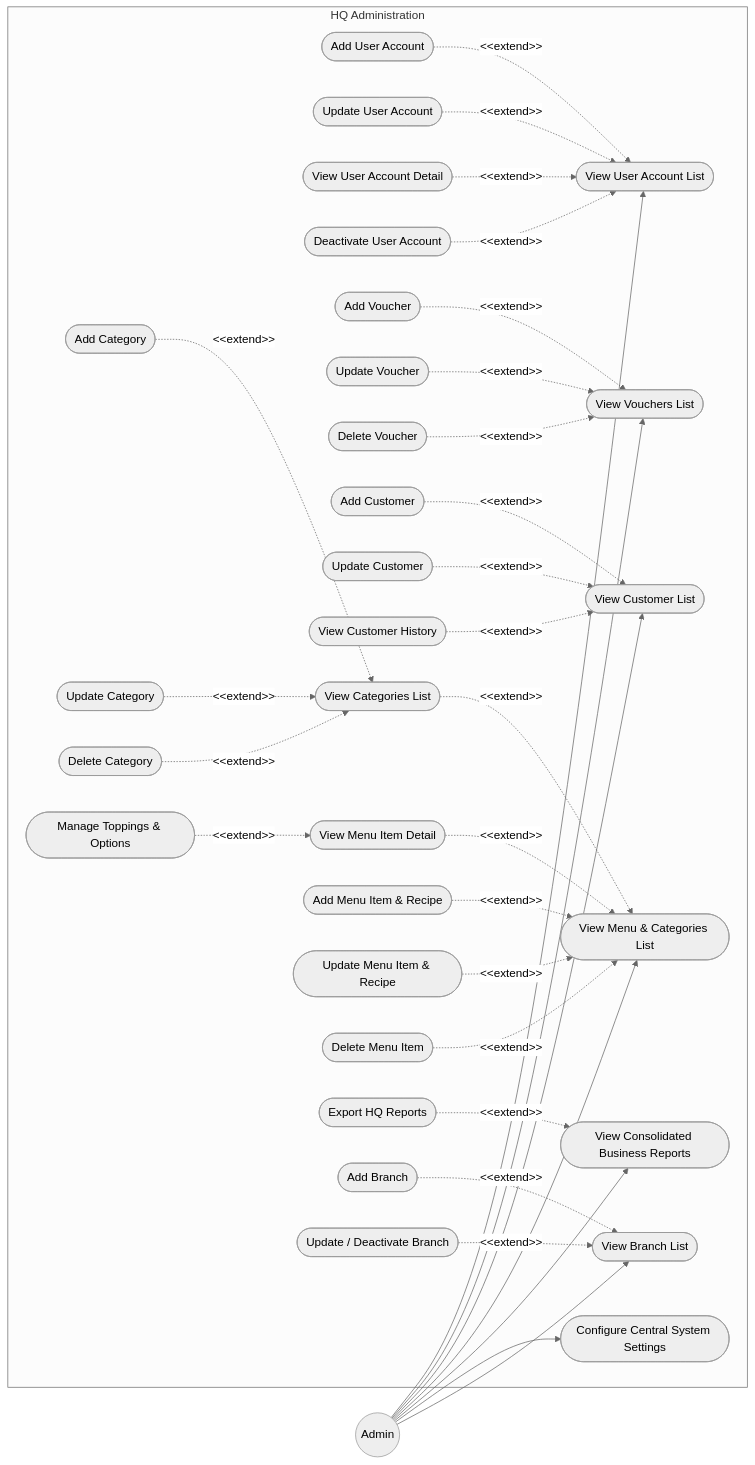
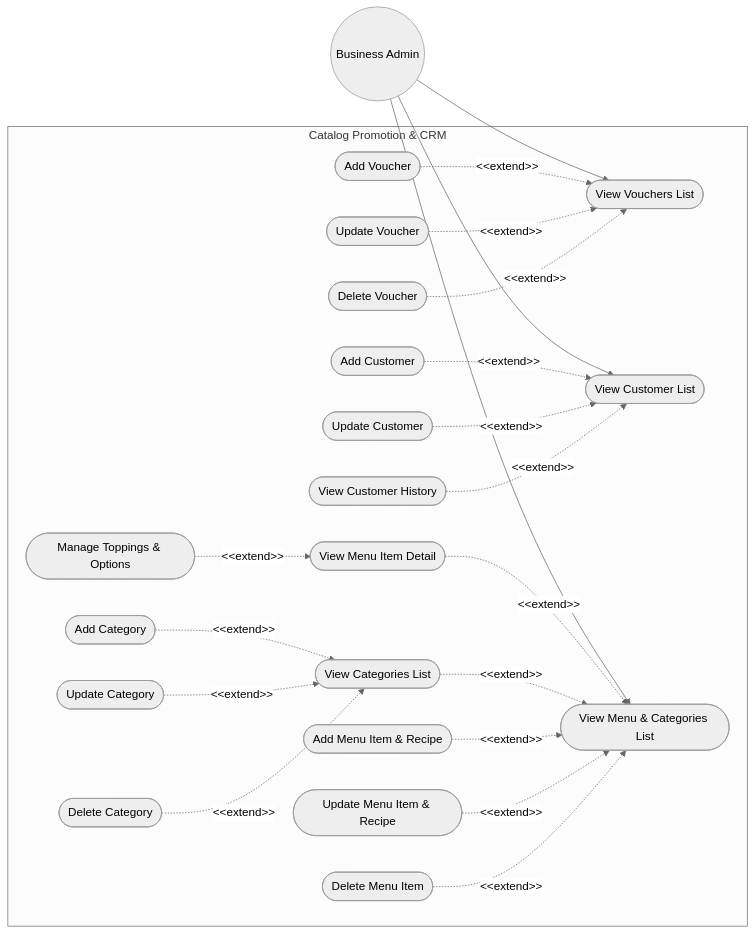
Before and after one commit to Shaichi/Khoga_coffe_shop: the fourth of 8 diagrams in sections/02_user_requirements.md, drawn with Mermaid (neutral theme). The commit also changed other lines of this file and 26 other files, not shown here.

````diff
--- a/sections/02_user_requirements.md
+++ b/sections/02_user_requirements.md
@@ -83,16 +114,10 @@
 ```mermaid
 graph LR
     %% Actors
-    Actor_Admin((Admin))
+    Actor_BizAdmin((Business Admin))
 
     %% Use Cases
-    subgraph HQ Administration
-        UC_ListUsers([View User Account List])
-        UC_AddUser([Add User Account])
-        UC_UpdateUser([Update User Account])
-        UC_ViewUser([View User Account Detail])
-        UC_DeactivateUser([Deactivate User Account])
-
+    subgraph Catalog Promotion & CRM
         UC_ListVouchers([View Vouchers List])
         UC_AddVoucher([Add Voucher])
         UC_UpdateVoucher([Update Voucher])
@@ -113,31 +138,12 @@
         UC_UpdateMenu([Update Menu Item & Recipe])
         UC_DeleteMenu([Delete Menu Item])
         UC_ManageToppings([Manage Toppings & Options])
-
-        UC_ViewReports([View Consolidated Business Reports])
-        UC_ExportReports([Export HQ Reports])
-        
-        UC_ConfigCentral([Configure Central System Settings])
-
-        UC_ListBranches([View Branch List])
-        UC_AddBranch([Add Branch])
-        UC_UpdateBranch([Update / Deactivate Branch])
     end
 
-    %% Admin Links
-    Actor_Admin --> UC_ListUsers
-    Actor_Admin --> UC_ListVouchers
-    Actor_Admin --> UC_ListCustomers
-    Actor_Admin --> UC_ListMenu
-    Actor_Admin --> UC_ViewReports
-    Actor_Admin --> UC_ConfigCentral
-    Actor_Admin --> UC_ListBranches
-
-    %% User extends
-    UC_AddUser -.-> |"&lt;&lt;extend&gt;&gt;"| UC_ListUsers
-    UC_UpdateUser -.-> |"&lt;&lt;extend&gt;&gt;"| UC_ListUsers
-    UC_ViewUser -.-> |"&lt;&lt;extend&gt;&gt;"| UC_ListUsers
-    UC_DeactivateUser -.-> |"&lt;&lt;extend&gt;&gt;"| UC_ListUsers
+    %% Business Admin Links
+    Actor_BizAdmin --> UC_ListVouchers
+    Actor_BizAdmin --> UC_ListCustomers
+    Actor_BizAdmin --> UC_ListMenu
 
     %% Voucher extends
     UC_AddVoucher -.-> |"&lt;&lt;extend&gt;&gt;"| UC_ListVouchers
@@ -159,11 +165,4 @@
     UC_UpdateMenu -.-> |"&lt;&lt;extend&gt;&gt;"| UC_ListMenu
     UC_DeleteMenu -.-> |"&lt;&lt;extend&gt;&gt;"| UC_ListMenu
     UC_ManageToppings -.-> |"&lt;&lt;extend&gt;&gt;"| UC_ViewMenuDetail
-
-    %% Reports extends
-    UC_ExportReports -.-> |"&lt;&lt;extend&gt;&gt;"| UC_ViewReports
-
-    %% Branch extends
-    UC_AddBranch -.-> |"&lt;&lt;extend&gt;&gt;"| UC_ListBranches
-    UC_UpdateBranch -.-> |"&lt;&lt;extend&gt;&gt;"| UC_ListBranches
 ```
````
